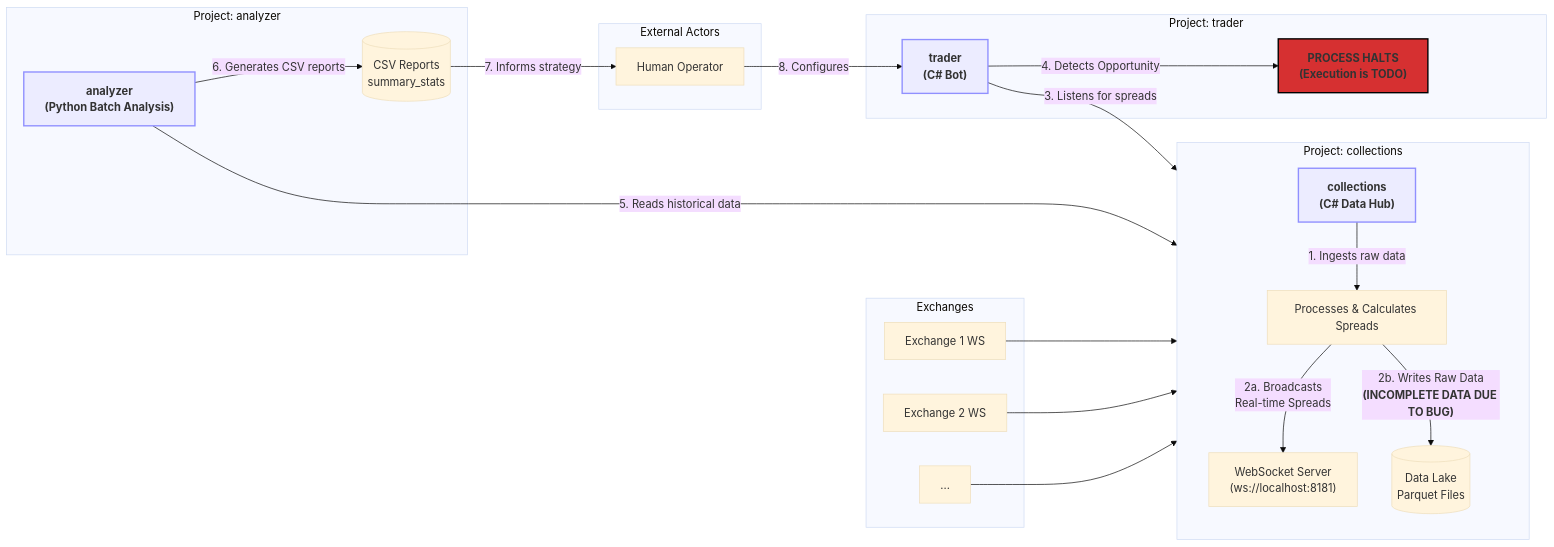
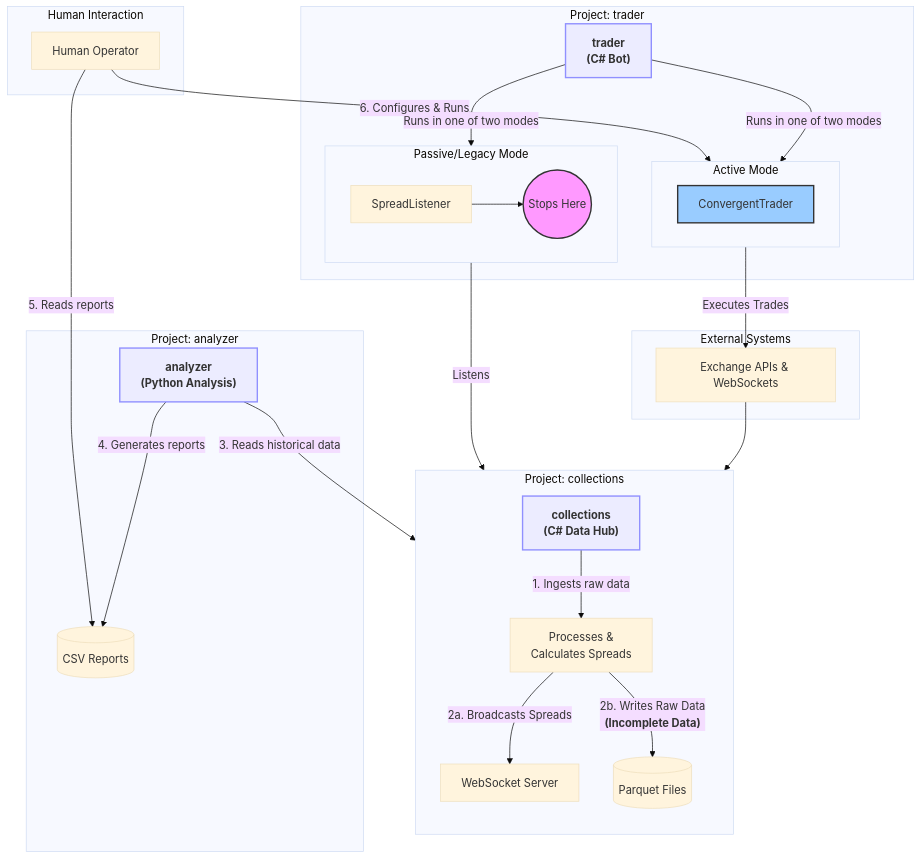
One commit to Gogi213/arb1 changed the diagram in docs/overall_mermaid/system_diagram.mmd. Above: the diagram before and after it, drawn with Mermaid (base theme). The commit also changed 12 other files, not shown here.

```diff
--- a/docs/overall_mermaid/system_diagram.mmd
+++ b/docs/overall_mermaid/system_diagram.mmd
@@ -1,39 +1,54 @@
-graph LR
-    subgraph Exchanges
-        E1[Exchange 1 WS]
-        E2[Exchange 2 WS]
-        E3[...]
+graph TD
+    subgraph "External Systems"
+        Exchanges[Exchange APIs & WebSockets]
     end
 
     subgraph "Project: collections"
         direction TB
-        A["<b>collections</b><br>(C# Data Hub)"]
-        A -- "1. Ingests raw data" --> P1["Processes & Calculates Spreads"]
-        P1 -- "2a. Broadcasts<br>Real-time Spreads" --> WS_Out["WebSocket Server<br>(ws://localhost:8181)"]
-        P1 -- "2b. Writes Raw Data<br><b>(INCOMPLETE DATA DUE TO BUG)</b>" --> D_DataLake[(Data Lake<br>Parquet Files)]
+        Collections["<b>collections</b><br>(C# Data Hub)"]
+        Collections_Process["Processes &<br>Calculates Spreads"]
+        
+        Collections -- "1. Ingests raw data" --> Collections_Process
+        Collections_Process -- "2a. Broadcasts Spreads" --> Collections_WS_Out["WebSocket Server"]
+        Collections_Process -- "2b. Writes Raw Data<br><b>(Incomplete Data)</b>" --> DataLake[(Parquet Files)]
     end
     
     subgraph "Project: trader"
-        B["<b>trader</b><br>(C# Bot)"]
-        B -- "3. Listens for spreads" --> WS_Out
-        B -- "4. Detects Opportunity" --> B_HALT["<b>PROCESS HALTS<br>(Execution is TODO)</b>"]
-        style B_HALT fill:#d63031,stroke:#000,stroke-width:2px
+        Trader["<b>trader</b><br>(C# Bot)"]
+        
+        subgraph "Active Mode"
+            direction LR
+            Trader_Convergent["ConvergentTrader"]
+            Trader_Convergent -- "Executes Trades" --> Exchanges
+        end
+        
+        subgraph "Passive/Legacy Mode"
+            direction LR
+            Trader_Listener["SpreadListener"]
+            Trader_Listener -- "Listens" --> Collections_WS_Out
+            Trader_Listener --> Trader_Halt((Stops Here))
+        end
+
+        Trader -- "Runs in one of two modes" --> Trader_Convergent
+        Trader -- "Runs in one of two modes" --> Trader_Listener
     end
 
     subgraph "Project: analyzer"
-        C["<b>analyzer</b><br>(Python Batch Analysis)"]
-        C -- "5. Reads historical data" --> D_DataLake
-        C -- "6. Generates CSV reports" --> C_Reports[(CSV Reports<br>summary_stats)]
+        Analyzer["<b>analyzer</b><br>(Python Analysis)"]
+        Analyzer -- "3. Reads historical data" --> DataLake
+        Analyzer -- "4. Generates reports" --> Reports[(CSV Reports)]
     end
     
-    subgraph "External Actors"
-        U[Human Operator]
+    subgraph "Human Interaction"
+        Operator[Human Operator]
+        Operator -- "5. Reads reports" --> Reports
+        Operator -- "6. Configures & Runs" --> Trader_Convergent
     end
 
-    E1 & E2 & E3 --> A
-    
-    C_Reports -- "7. Informs strategy" --> U
-    U -- "8. Configures" --> B
+    Exchanges --> Collections
 
     classDef project fill:#ececff,stroke:#9090ff,stroke-width:2px,font-weight:bold
-    class A,B,C project
+    class Collections,Trader,Analyzer project
+    
+    style Trader_Halt fill:#f9f,stroke:#333,stroke-width:2px
+    style Trader_Convergent fill:#9cf,stroke:#333,stroke-width:2px
```
